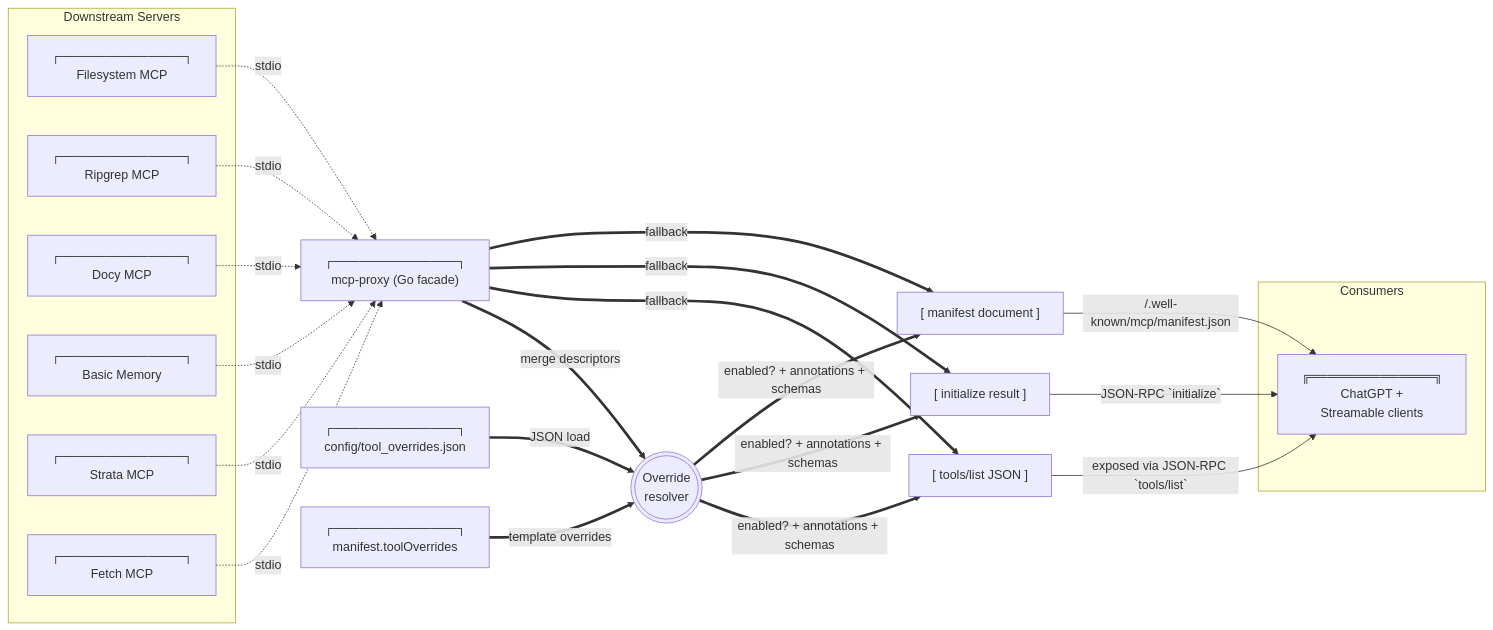
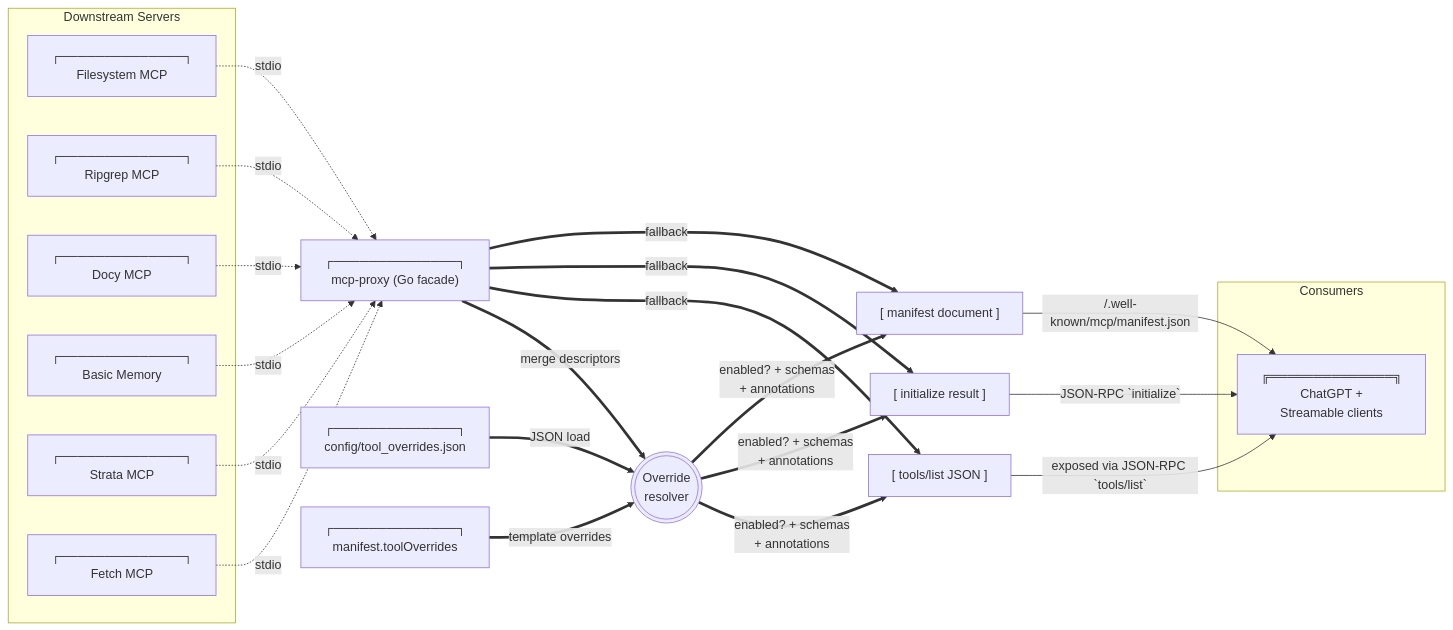
The first of 3 diagrams in docs/ARCHITECTURE.md (Dub1n/stelae), drawn with Mermaid before and after one commit. The commit also changed other lines of this file and 9 other files, not shown here.

````diff
--- a/docs/ARCHITECTURE.md
+++ b/docs/ARCHITECTURE.md
@@ -34,47 +34,47 @@
 ```mermaid
 flowchart LR
     subgraph Downstream Servers
         FS["┌──────────────┐<br>Filesystem MCP"]
         RG["┌──────────────┐<br>Ripgrep MCP"]
         DOCS["┌──────────────┐<br>Docy MCP"]
         MEM["┌──────────────┐<br>Basic Memory"]
         STRATA["┌──────────────┐<br>Strata MCP"]
         FETCH["┌──────────────┐<br>Fetch MCP"]
     end
 
     FS -. stdio .-> PROXY
     RG -. stdio .-> PROXY
     DOCS -. stdio .-> PROXY
     MEM -. stdio .-> PROXY
     STRATA -. stdio .-> PROXY
     FETCH -. stdio .-> PROXY
 
     TOOLJSON["[ tools/list JSON ]"]
     INITJSON["[ initialize result ]"]
     MANIFEST["[ manifest document ]"]
 
     TO_CFG["┌──────────────┐<br>config/tool_overrides.json"]
     MAN_CFG["┌──────────────┐<br>manifest.toolOverrides"]
     toSet(((Override<br>resolver)))
 
     PROXY["┌──────────────┐<br>mcp-proxy (Go facade)"]
     TO_CFG ==>|JSON load| toSet
     MAN_CFG ==>|template overrides| toSet
 
     PROXY ==> |merge descriptors| toSet
-    toSet ==>|enabled? + annotations + schemas| TOOLJSON
-    toSet ==>|enabled? + annotations + schemas| INITJSON
-    toSet ==>|enabled? + annotations + schemas| MANIFEST
+    toSet ==>|enabled? + schemas<br>+ annotations| TOOLJSON
+    toSet ==>|enabled? + schemas<br>+ annotations| INITJSON
+    toSet ==>|enabled? + schemas<br>+ annotations| MANIFEST
 
     PROXY ==> |fallback| TOOLJSON
     PROXY ==> |fallback| INITJSON
     PROXY ==> |fallback| MANIFEST
 
     TOOLJSON -->|exposed via JSON-RPC `tools/list`| CLIENTS
     INITJSON -->|JSON-RPC `initialize`| CLIENTS
     MANIFEST -->|/.well-known/mcp/manifest.json| CLIENTS
 
     subgraph Consumers
         CLIENTS["╔══════════════╗<br>ChatGPT +<br>Streamable clients"]
     end
 ```
````
